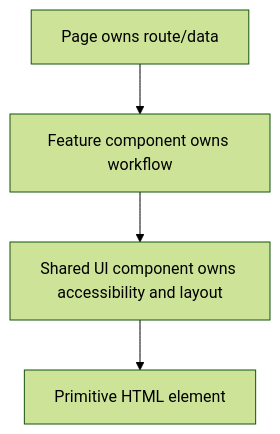
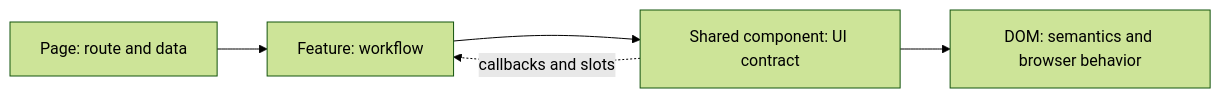
One commit to ranjeet-h/frontend-interview-preparation changed the diagram in src/react/component-design.md. Above: the diagram before and after it, drawn with Mermaid (forest theme). The commit also changed other lines of this file and 1 other file, not shown here.

Commit message:
docs: rewrite React TypeScript and component design chapters

````diff
--- a/src/react/component-design.md
+++ b/src/react/component-design.md
@@ -24,6 +19,7 @@
-```mermaid
-flowchart TD
-  Page["Page owns route/data"] --> Feature["Feature component owns workflow"]
-  Feature --> Shared["Shared UI component owns accessibility and layout"]
-  Shared --> Primitive["Primitive HTML element"]
-```
+~~~mermaid
+flowchart LR
+  Page["Page: route and data"] --> Feature["Feature: workflow"]
+  Feature --> Shared["Shared component: UI contract"]
+  Shared --> Native["DOM: semantics and browser behavior"]
+  Shared -. callbacks and slots .-> Feature
+~~~
````
